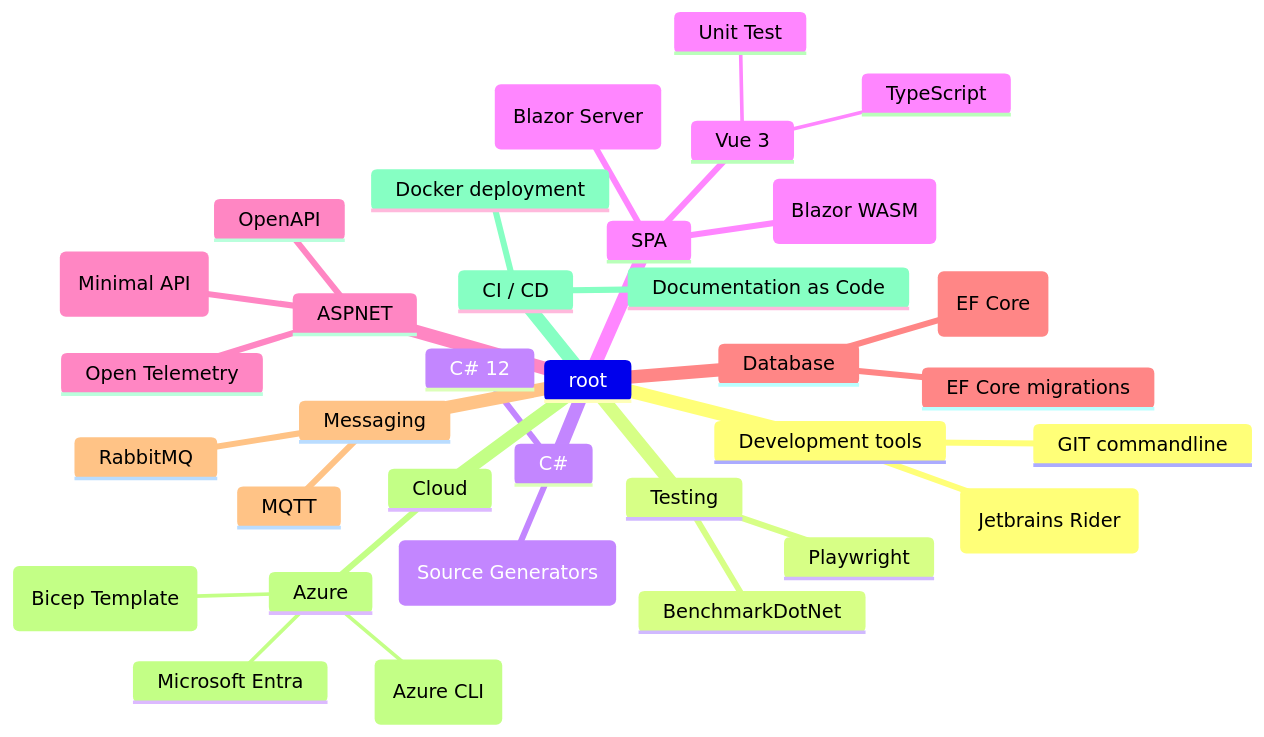
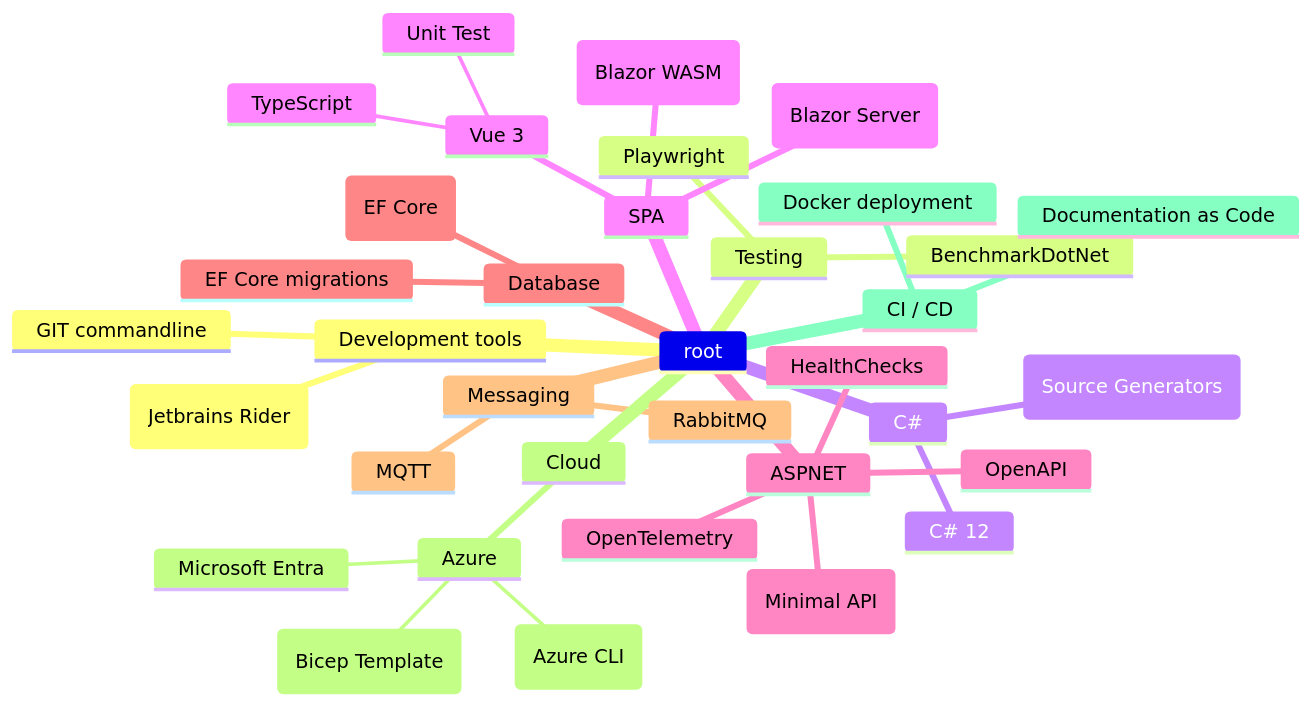
Before and after one commit to renevdhoek/renevdhoek: the second of 2 diagrams in README.md, drawn with Mermaid.

````diff
--- a/README.md
+++ b/README.md
@@ -11,37 +11,38 @@
 ```mermaid
 mindmap
   root
     Development tools      
         GIT commandline
         (Jetbrains Rider)
     Testing
       Playwright
       BenchmarkDotNet
     C#
       C# 12
       (Source Generators)
     SPA
       Vue 3
         Unit Test
         TypeScript
       (Blazor Server)
       (Blazor WASM)
     ASPNET
+      HealthChecks
+      OpenAPI
+      OpenTelemetry
       (Minimal API)
-      OpenAPI
-      Open Telemetry
     Database
       EF Core migrations
       (EF Core)
     Messaging
       MQTT
       RabbitMQ
     Cloud
       Azure
         Microsoft Entra
         (Bicep Template)
         (Azure CLI)
     CI / CD
       Docker deployment
       Documentation as Code
 ```
````
